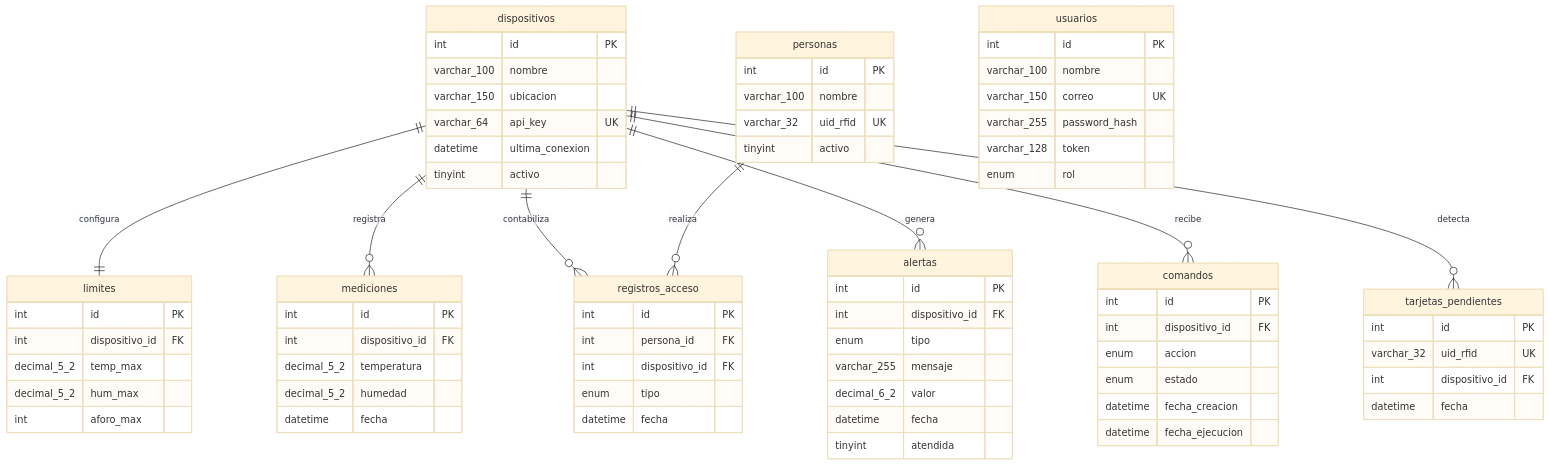
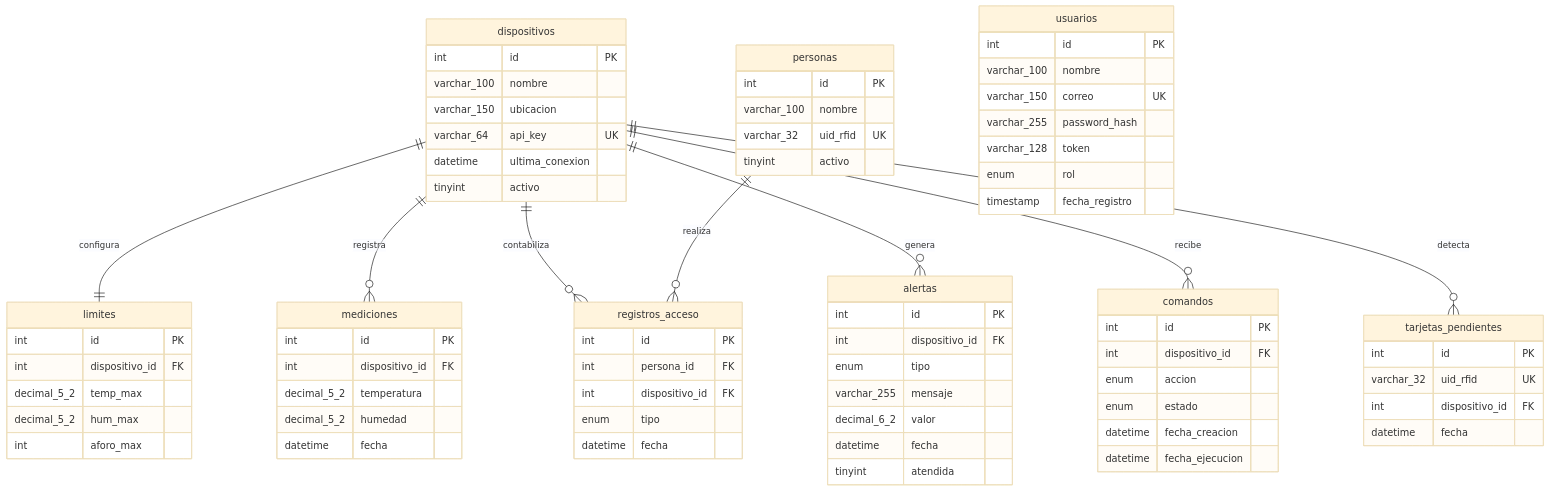
One commit to OsvaldoVar/aforo-iot changed the diagram in docs/expediente/04-modelo-datos.md. Above: the diagram before and after it, drawn with Mermaid (base theme). The commit also changed other lines of this file and 1 other file, not shown here.

Commit message:
feat(database): fecha de registro en usuarios

```diff
--- a/docs/expediente/04-modelo-datos.md
+++ b/docs/expediente/04-modelo-datos.md
@@ -46,6 +46,7 @@
         varchar_255 password_hash
         varchar_128 token
         enum rol
+        timestamp fecha_registro
     }
 
     personas {
```
